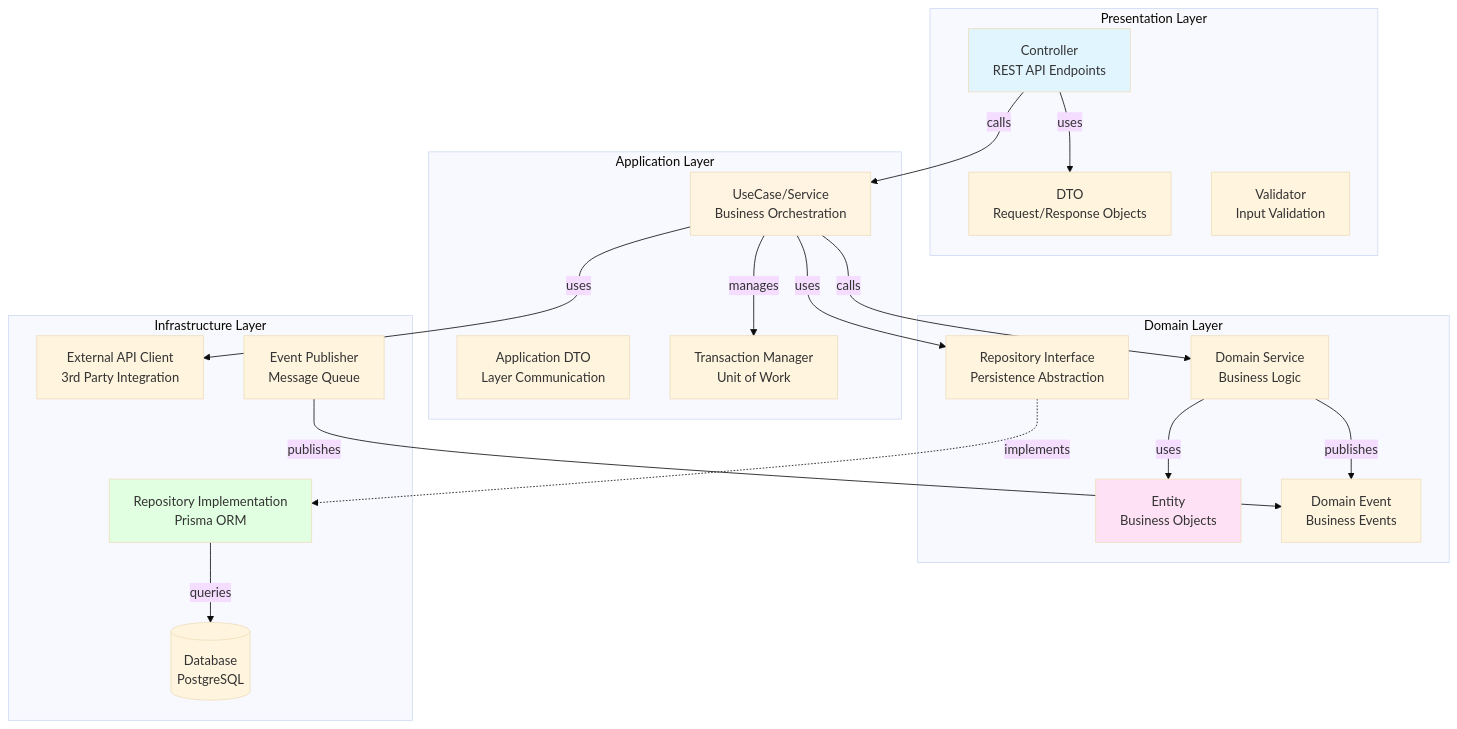
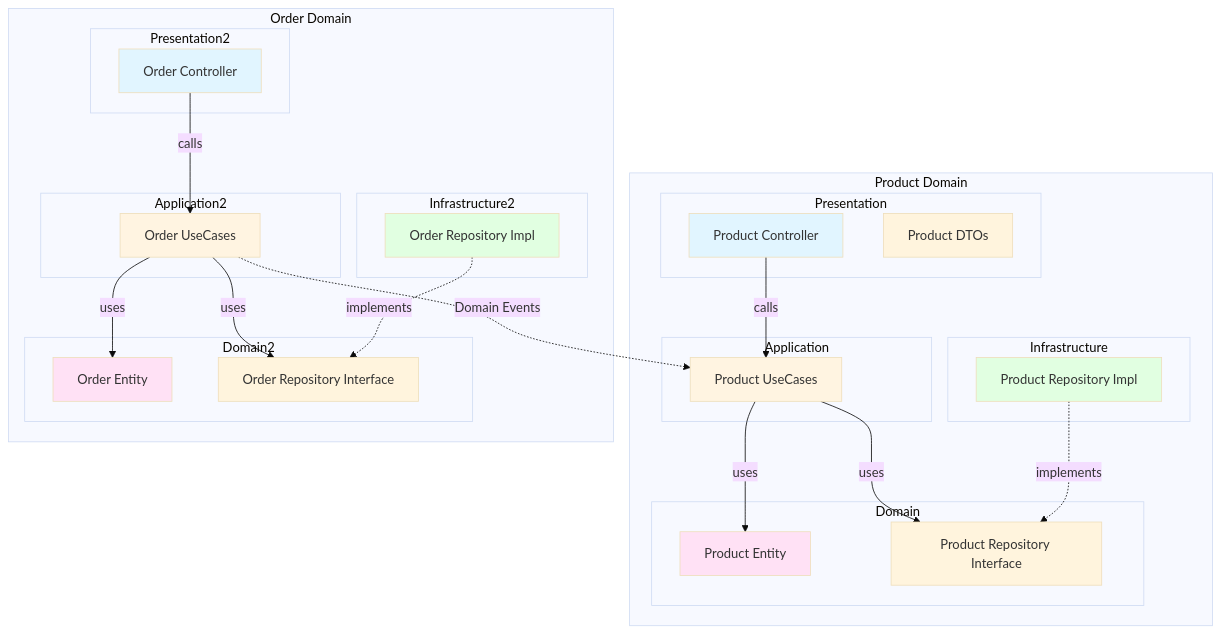
Before and after one commit to ywj3493/hhplus-e-commerce: the first of 9 diagrams in docs/dev/dashboard/architecture.md, drawn with Mermaid (base theme). The commit also changed other lines of this file and 2 other files, not shown here.

First line of the commit message:
docs: update product domain documentation for Issue #007

````diff
--- a/docs/dev/dashboard/architecture.md
+++ b/docs/dev/dashboard/architecture.md
@@ -44,45 +48,62 @@
 ```mermaid
 graph TB
-    subgraph "Presentation Layer"
-        Controller[Controller<br/>REST API Endpoints]
-        DTO[DTO<br/>Request/Response Objects]
-        Validator[Validator<br/>Input Validation]
+    subgraph "Product Domain"
+        subgraph "Presentation"
+            PC[Product Controller]
+            PDTO[Product DTOs]
+        end
+
+        subgraph "Application"
+            PUC[Product UseCases]
+        end
+
+        subgraph "Domain"
+            PE[Product Entity]
+            PRI[Product Repository Interface]
+        end
+
+        subgraph "Infrastructure"
+            PR[Product Repository Impl]
+        end
+
+        PC -->|calls| PUC
+        PUC -->|uses| PE
+        PUC -->|uses| PRI
+        PR -.->|implements| PRI
     end
 
-    subgraph "Application Layer"
-        UseCase[UseCase/Service<br/>Business Orchestration]
-        AppDTO[Application DTO<br/>Layer Communication]
-        Transaction[Transaction Manager<br/>Unit of Work]
+    subgraph "Order Domain"
+        subgraph "Presentation2"
+            OC[Order Controller]
+        end
+
+        subgraph "Application2"
+            OUC[Order UseCases]
+        end
+
+        subgraph "Domain2"
+            OE[Order Entity]
+            ORI[Order Repository Interface]
+        end
+
+        subgraph "Infrastructure2"
+            OR[Order Repository Impl]
+        end
+
+        OC -->|calls| OUC
+        OUC -->|uses| OE
+        OUC -->|uses| ORI
+        OR -.->|implements| ORI
     end
 
-    subgraph "Domain Layer"
-        Entity[Entity<br/>Business Objects]
-        DomainService[Domain Service<br/>Business Logic]
-        DomainEvent[Domain Event<br/>Business Events]
-        Repository[Repository Interface<br/>Persistence Abstraction]
-    end
+    OUC -.->|Domain Events| PUC
 
-    subgraph "Infrastructure Layer"
-        RepositoryImpl[Repository Implementation<br/>Prisma ORM]
-        ExternalAPI[External API Client<br/>3rd Party Integration]
-        Database[(Database<br/>PostgreSQL)]
-        EventPublisher[Event Publisher<br/>Message Queue]
-    end
-
-    Controller -->|calls| UseCase
-    Controller -->|uses| DTO
-    UseCase -->|calls| DomainService
-    UseCase -->|uses| Repository
-    UseCase -->|manages| Transaction
-    DomainService -->|uses| Entity
-    DomainService -->|publishes| DomainEvent
-    Repository -.->|implements| RepositoryImpl
-    RepositoryImpl -->|queries| Database
-    UseCase -->|uses| ExternalAPI
-    EventPublisher -->|publishes| DomainEvent
-
-    style Controller fill:#e1f5ff
-    style UseCase fill:#fff4e1
-    style Entity fill:#ffe1f5
-    style RepositoryImpl fill:#e1ffe1
+    style PC fill:#e1f5ff
+    style OC fill:#e1f5ff
+    style PUC fill:#fff4e1
+    style OUC fill:#fff4e1
+    style PE fill:#ffe1f5
+    style OE fill:#ffe1f5
+    style PR fill:#e1ffe1
+    style OR fill:#e1ffe1
 ```
````
